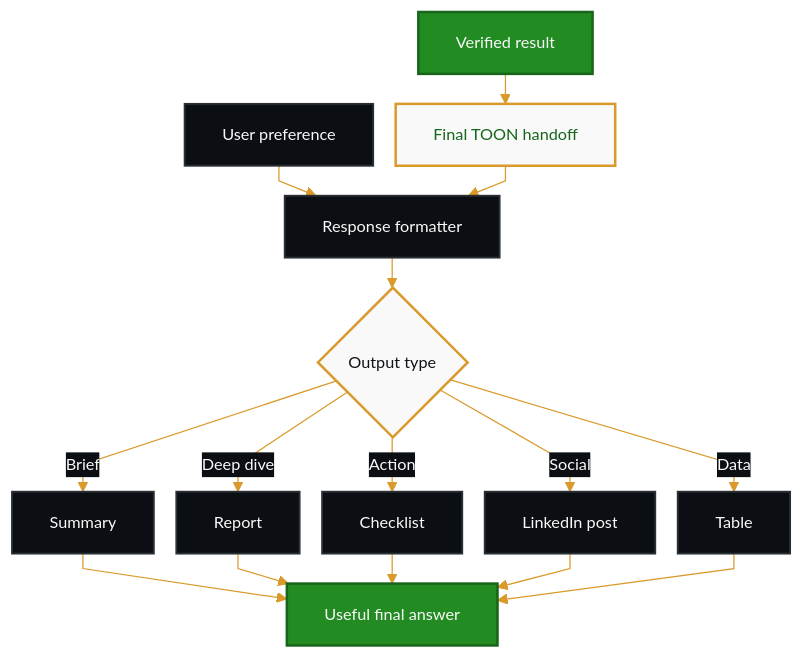
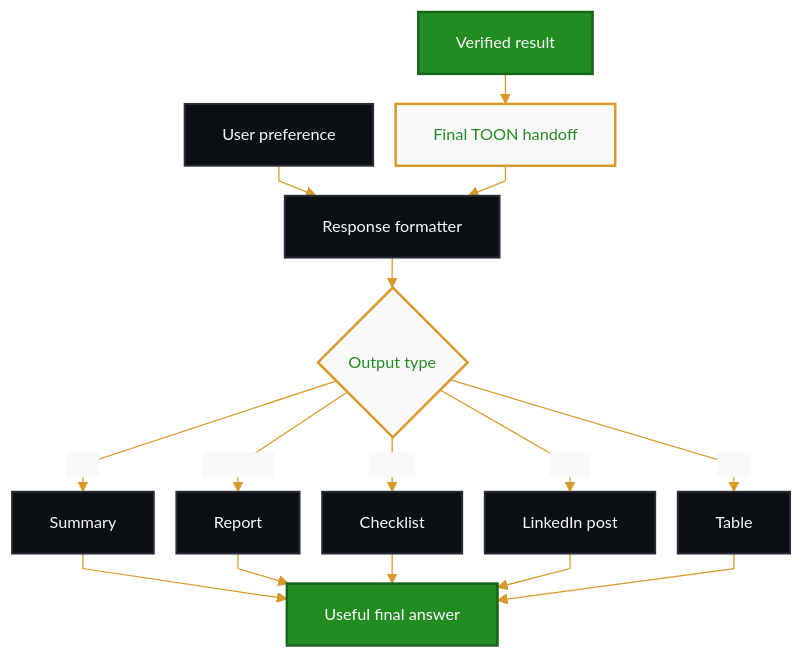
Before and after one commit to Hassaan146/agentic-ai-workflow: the seventh of 10 diagrams in docs/diagrams.md, drawn with Mermaid. The commit also changed other lines of this file, not shown here.

Commit message:
Improve Mermaid white box contrast

````diff
--- a/docs/diagrams.md
+++ b/docs/diagrams.md
@@ -212,27 +212,27 @@
 ```mermaid
-%%{init: {'theme': 'base', 'flowchart': {'nodeSpacing': 18, 'rankSpacing': 24, 'curve': 'linear'}, 'themeVariables': {'fontSize': '13px', 'primaryColor': '#228B22', 'primaryTextColor': '#F9F9F9', 'primaryBorderColor': '#16651A', 'lineColor': '#D99A2B', 'secondaryColor': '#F9F9F9', 'secondaryTextColor': '#101418', 'secondaryBorderColor': '#D99A2B', 'tertiaryColor': '#0B0F14', 'tertiaryTextColor': '#F9F9F9', 'tertiaryBorderColor': '#2A2F36', 'background': '#070B10', 'mainBkg': '#228B22', 'secondBkg': '#F9F9F9', 'textColor': '#F9F9F9', 'edgeLabelBackground': '#0B0F14'}}}%%
+%%{init: {'theme': 'base', 'flowchart': {'nodeSpacing': 18, 'rankSpacing': 24, 'curve': 'linear'}, 'themeVariables': {'fontSize': '13px', 'primaryColor': '#228B22', 'primaryTextColor': '#F9F9F9', 'primaryBorderColor': '#16651A', 'lineColor': '#D99A2B', 'secondaryColor': '#F9F9F9', 'secondaryTextColor': '#228B22', 'secondaryBorderColor': '#D99A2B', 'tertiaryColor': '#0B0F14', 'tertiaryTextColor': '#F9F9F9', 'tertiaryBorderColor': '#2A2F36', 'background': '#070B10', 'mainBkg': '#228B22', 'secondBkg': '#F9F9F9', 'textColor': '#F9F9F9', 'edgeLabelBackground': '#F9F9F9'}}}%%
 flowchart TD
     A["Verified result"] --> B["Final TOON handoff"]
     C["User preference"] --> D["Response formatter"]
     B --> D
     D --> E{"Output type"}
     E -->|Brief| F["Summary"]
     E -->|Deep dive| G["Report"]
     E -->|Action| H["Checklist"]
     E -->|Social| I["LinkedIn post"]
     E -->|Data| J["Table"]
     F --> K["Useful final answer"]
     G --> K
     H --> K
     I --> K
     J --> K
 
     classDef primary fill:#228B22,stroke:#16651A,color:#F9F9F9,stroke-width:2px;
     classDef dark fill:#0B0F14,stroke:#2A2F36,color:#F9F9F9,stroke-width:1.5px;
-    classDef toon fill:#F9F9F9,stroke:#D99A2B,color:#16651A,stroke-width:2px;
-    classDef decision fill:#F9F9F9,stroke:#D99A2B,color:#101418,stroke-width:2px;
+    classDef toon fill:#F9F9F9,stroke:#D99A2B,color:#228B22,stroke-width:2px;
+    classDef decision fill:#F9F9F9,stroke:#D99A2B,color:#228B22,stroke-width:2px;
     class A,K primary;
     class B toon;
     class C,D,F,G,H,I,J dark;
     class E decision;
 ```
````
